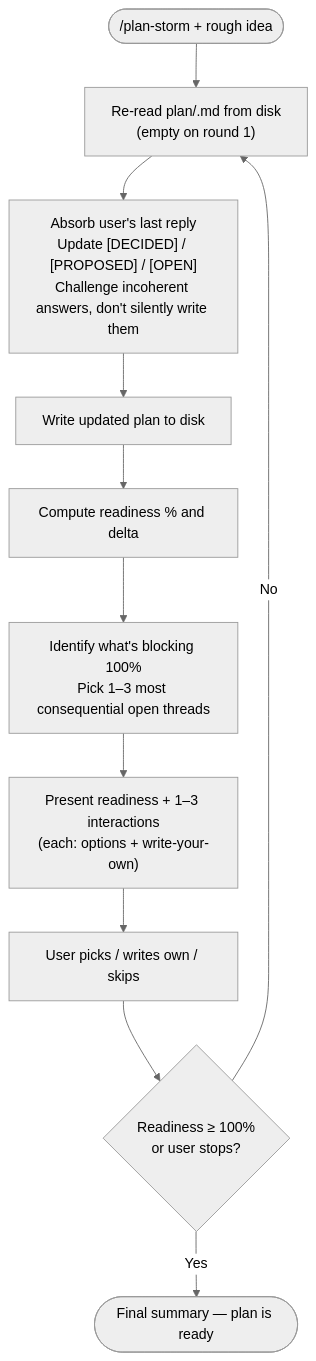
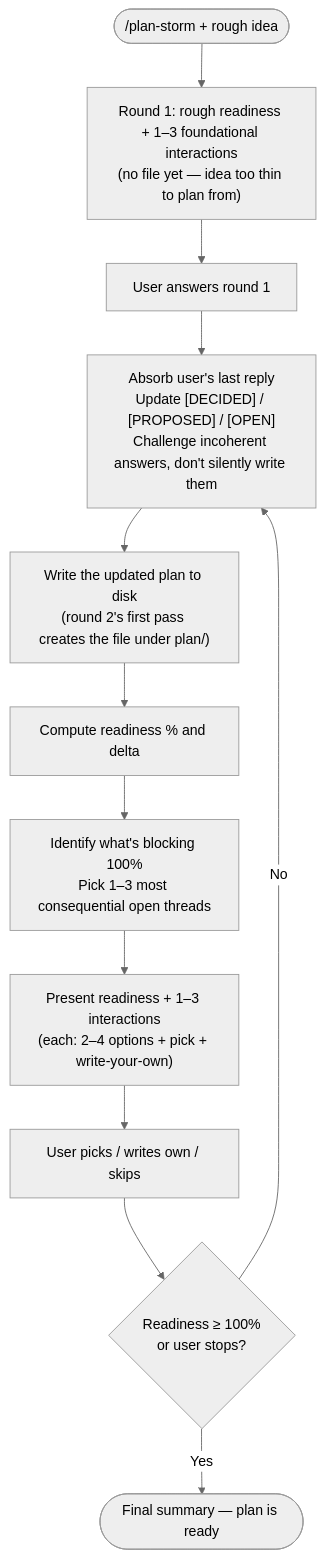
The diagram in skills/plan-storm/SKILL.md (realSergiy/totvibe-skills), drawn with Mermaid (neutral theme) before and after one commit. The commit also changed other lines of this file and 12 other files, not shown here.

First line of the commit message:
feat: flexible JS runner, naming convention docs, plan-storm upgrade (#5)

````diff
--- a/skills/plan-storm/SKILL.md
+++ b/skills/plan-storm/SKILL.md
@@ -63,13 +41,14 @@
 ```mermaid
 flowchart TD
-    Invoke(["/plan-storm + rough idea"]) --> Read["Re-read plan/<name>.md from disk<br/>(empty on round 1)"]
-    Read --> Absorb["Absorb user's last reply<br/>Update [DECIDED] / [PROPOSED] / [OPEN]<br/>Challenge incoherent answers, don't silently write them"]
-    Absorb --> Write["Write updated plan to disk"]
+    Invoke(["/plan-storm + rough idea"]) --> R1["Round 1: rough readiness + 1–3 foundational interactions<br/>(no file yet — idea too thin to plan from)"]
+    R1 --> First["User answers round 1"]
+    First --> Absorb["Absorb user's last reply<br/>Update [DECIDED] / [PROPOSED] / [OPEN]<br/>Challenge incoherent answers, don't silently write them"]
+    Absorb --> Write["Write the updated plan to disk<br/>(round 2's first pass creates the file under plan/)"]
     Write --> Score["Compute readiness % and delta"]
     Score --> Pick["Identify what's blocking 100%<br/>Pick 1–3 most consequential open threads"]
-    Pick --> Present["Present readiness + 1–3 interactions<br/>(each: options + write-your-own)"]
+    Pick --> Present["Present readiness + 1–3 interactions<br/>(each: 2–4 options + pick + write-your-own)"]
     Present --> Reply["User picks / writes own / skips"]
     Reply --> Stop{"Readiness ≥ 100%<br/>or user stops?"}
-    Stop -->|No| Read
+    Stop -->|No| Absorb
     Stop -->|Yes| Summary(["Final summary — plan is ready"])
 ```
````
